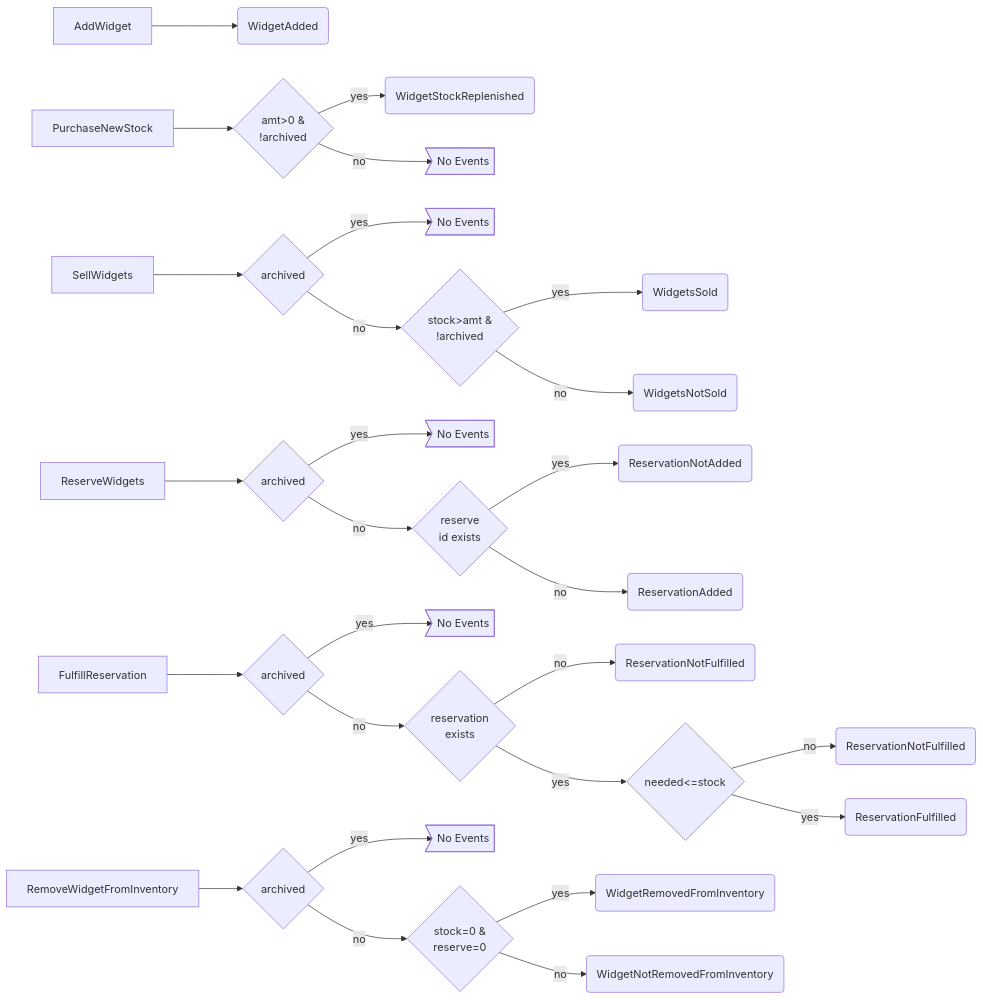
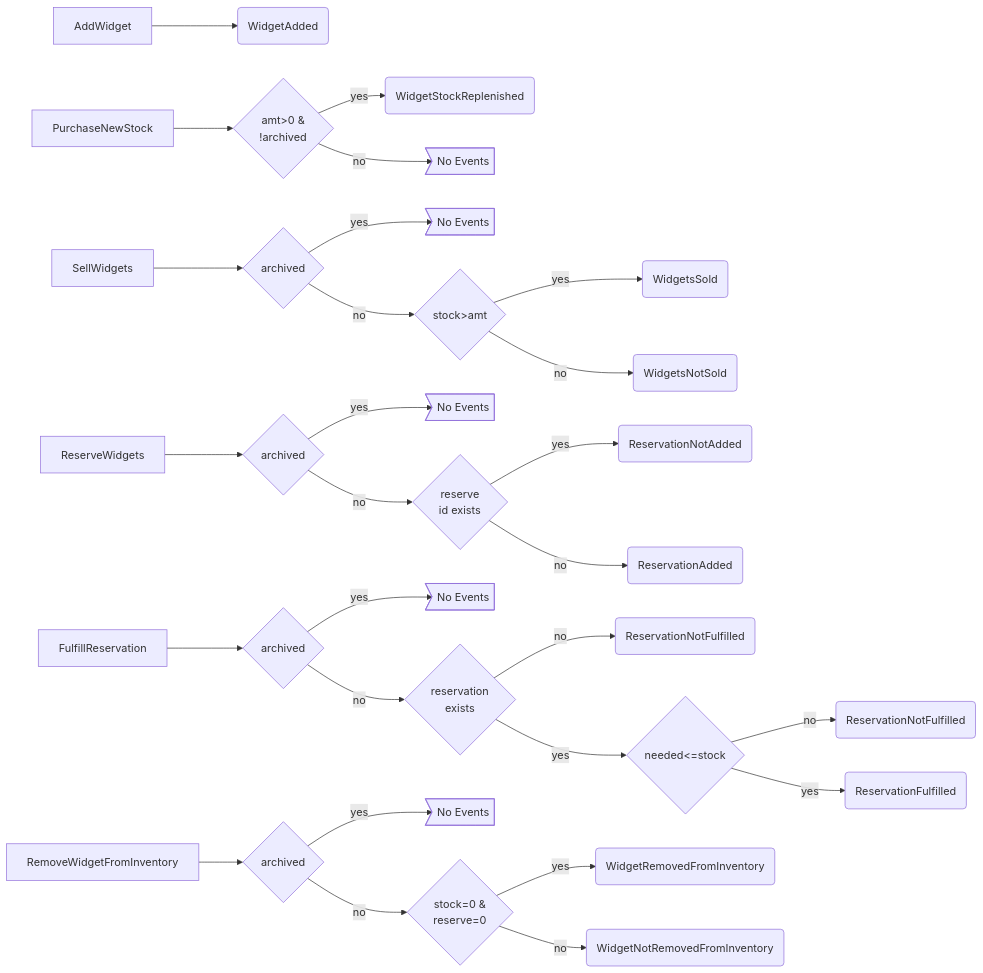
The first of 2 diagrams in Shell/Widget/ReadMe.md (flew2bits/Shell), drawn with Mermaid before and after one commit.

Commit message:
Update ReadMe.md
removed redundant clause

````diff
--- a/Shell/Widget/ReadMe.md
+++ b/Shell/Widget/ReadMe.md
@@ -132,34 +132,34 @@
 ```mermaid
 flowchart LR
 A1[AddWidget] --> B1(WidgetAdded)
 
 A2[PurchaseNewStock] --> B2{amt>0 &\n!archived}
 B2 -- yes --> C2(WidgetStockReplenished)
 B2 -- no --> D2>No Events]
 
 A3[SellWidgets] --> E3{archived}
 E3 -- yes --> F3>No Events]
-E3 -- no --> B3{stock>amt &\n!archived}
+E3 -- no --> B3{stock>amt}
 B3 -- yes --> C3(WidgetsSold)
 B3 -- no --> D3(WidgetsNotSold)
 
 A4[ReserveWidgets] --> B4{archived}
 B4 -- yes --> C4>No Events]
 B4 -- no --> D4{reserve\nid exists}
 D4 -- yes --> E4(ReservationNotAdded)
 D4 -- no --> F4(ReservationAdded)
 
 A5[FulfillReservation] --> B5{archived}
 B5 -- yes --> C5>No Events]
 B5 -- no --> D5{reservation\nexists}
 D5 -- no --> E5(ReservationNotFulfilled)
 D5 -- yes --> F5{needed<=stock}
 F5 -- no --> G5(ReservationNotFulfilled)
 F5 -- yes --> H5(ReservationFulfilled)
 
 A6[RemoveWidgetFromInventory] --> B6{archived}
 B6 -- yes --> C6>No Events]
 B6 -- no --> D6{stock=0 &\nreserve=0}
 D6 -- yes --> E6(WidgetRemovedFromInventory)
 D6 -- no --> F6(WidgetNotRemovedFromInventory)
 ```
````
